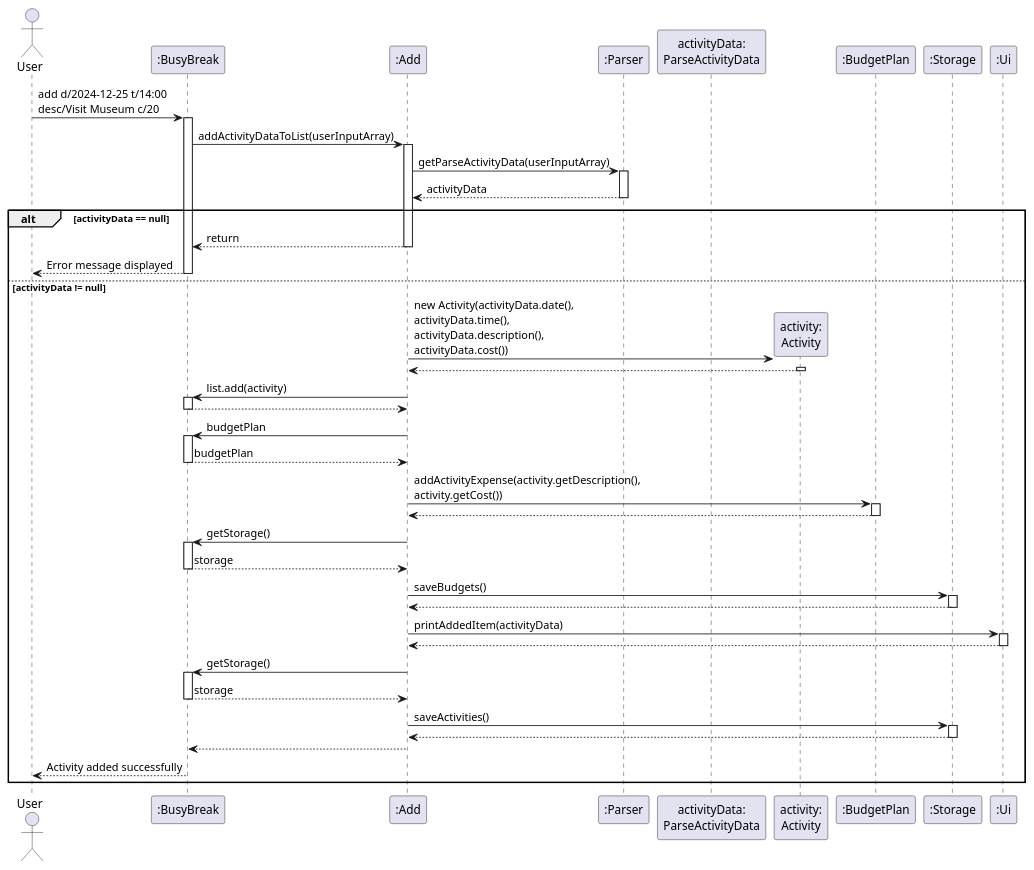
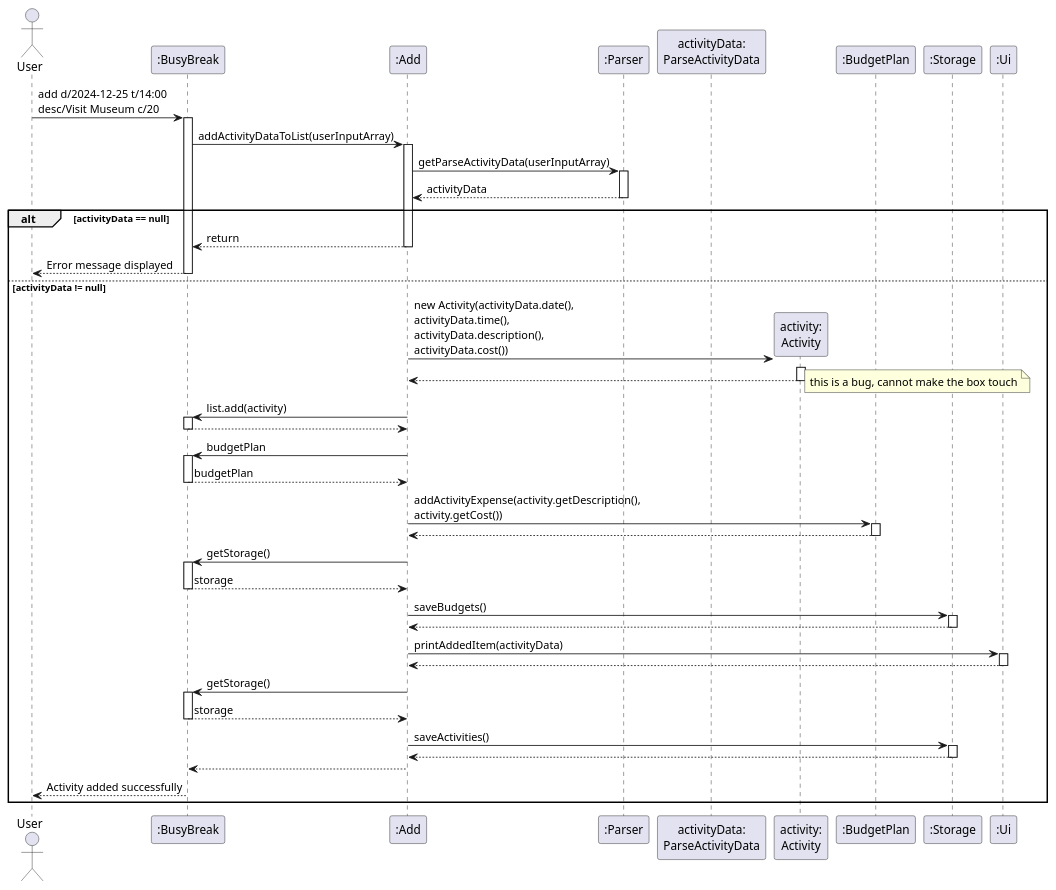
Before and after one commit to AY2526S1-CS2113-W13-4/tp: the diagram in docs/diagrams/AddCommandSequenceDiagram.puml, drawn with PlantUML. The commit also changed 6 other files, not shown here.

Commit message:
fix sequence diagram issues

```diff
--- a/docs/diagrams/AddCommandSequenceDiagram.puml
+++ b/docs/diagrams/AddCommandSequenceDiagram.puml
@@ -1,85 +1,86 @@
 @startuml AddCommandSequenceDiagram
 
 actor User
 participant ":BusyBreak" as BusyBreak
 participant ":Add" as Add
 participant ":Parser" as Parser
 participant "activityData:\nParseActivityData" as ParseData
 participant "activity:\nActivity" as Activity
 participant ":BudgetPlan" as Budget
 participant ":Storage" as Storage
 participant ":Ui" as Ui
 
 
 User -> BusyBreak: add d/2024-12-25 t/14:00\ndesc/Visit Museum c/20
 activate BusyBreak
 
 BusyBreak -> Add: addActivityDataToList(userInputArray)
 activate Add
 
 Add -> Parser: getParseActivityData(userInputArray)
 activate Parser
 
 Parser --> Add: activityData
 deactivate Parser
 
 alt activityData == null
     Add --> BusyBreak: return
     deactivate Add
     BusyBreak --> User: Error message displayed
     deactivate BusyBreak
 else activityData != null
 
     Add -> Activity**: new Activity(activityData.date(),\nactivityData.time(),\nactivityData.description(),\nactivityData.cost())
     activate Activity
     Activity --> Add
+    note right: this is a bug, cannot make the box touch
     deactivate Activity
 
     Add -> BusyBreak: list.add(activity)
     activate BusyBreak
     BusyBreak --> Add
     deactivate BusyBreak
 
     Add -> BusyBreak: budgetPlan
     activate BusyBreak
     BusyBreak --> Add: budgetPlan
     deactivate BusyBreak
 
     Add -> Budget: addActivityExpense(activity.getDescription(),\nactivity.getCost())
     activate Budget
     Budget --> Add
     deactivate Budget
 
     Add -> BusyBreak: getStorage()
     activate BusyBreak
     BusyBreak --> Add: storage
     deactivate BusyBreak
 
     Add -> Storage: saveBudgets()
     activate Storage
     Storage --> Add
     deactivate Storage
 
     Add -> Ui: printAddedItem(activityData)
     activate Ui
     Ui --> Add
     deactivate Ui
 
     Add -> BusyBreak: getStorage()
     activate BusyBreak
     BusyBreak --> Add: storage
     deactivate BusyBreak
 
     Add -> Storage: saveActivities()
     activate Storage
     Storage --> Add
     deactivate Storage
 
     Add --> BusyBreak
     deactivate Add
 
     BusyBreak --> User: Activity added successfully
     deactivate BusyBreak
 end
 
 @enduml
```
